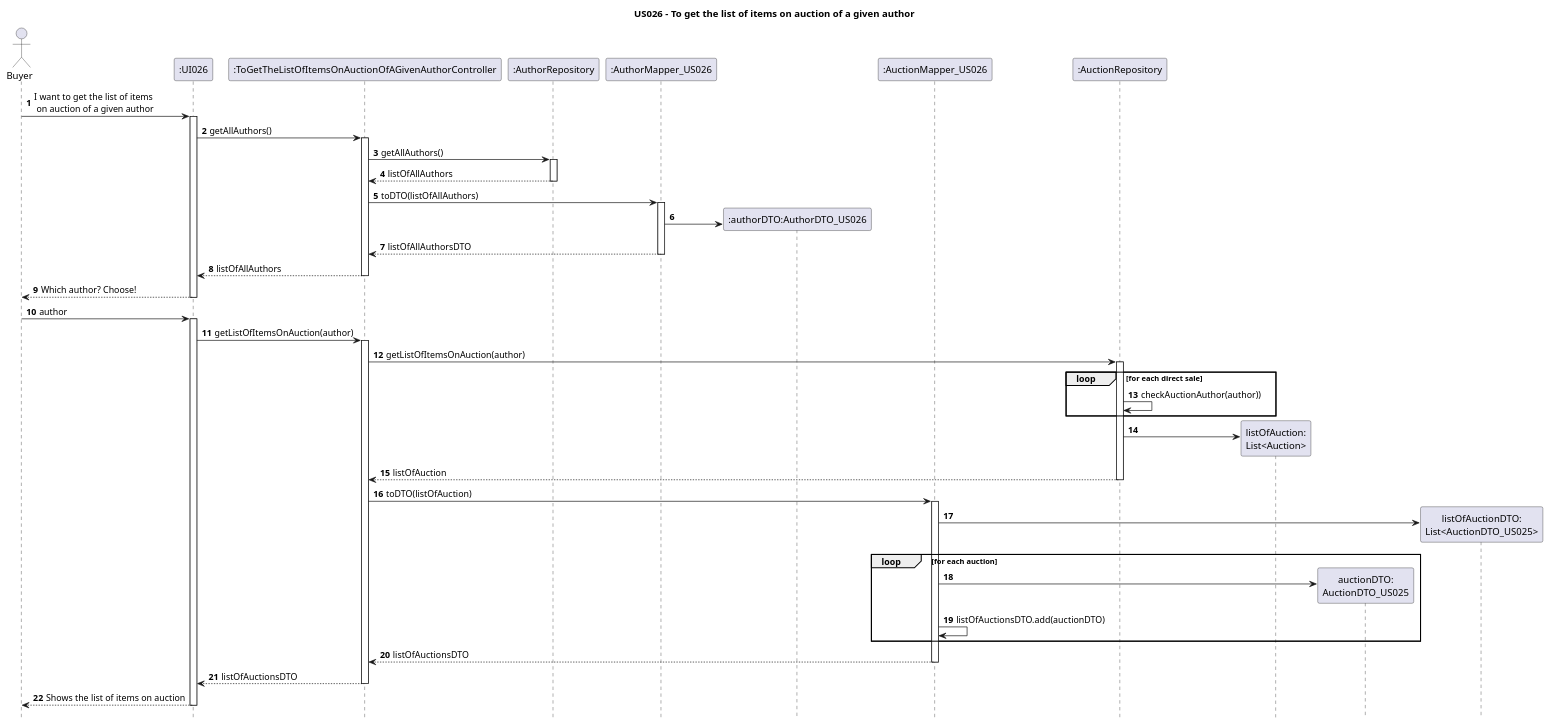
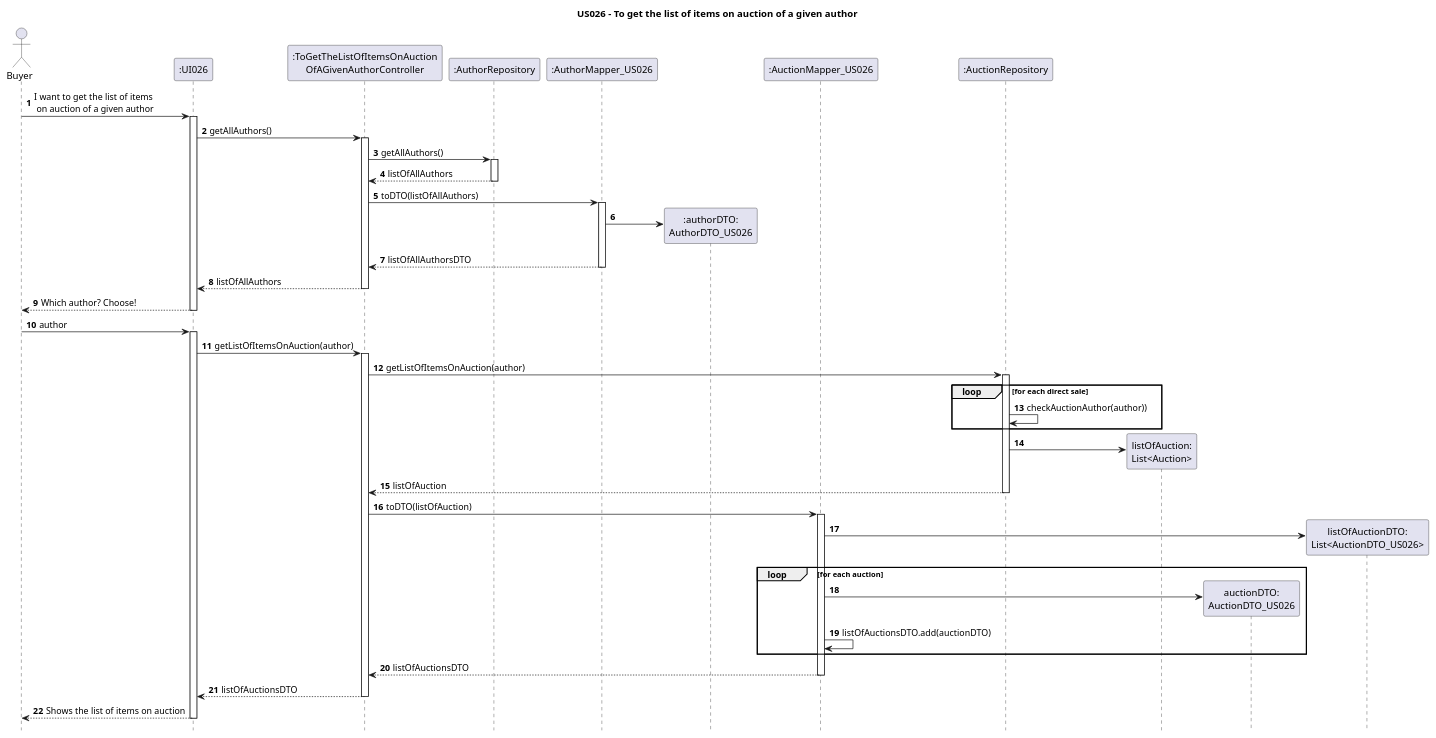
The diagram in Diagrams/SequenceDiagrams/N2/US026-to-get-the-list-of-items-on-auction-of-a-given-author.puml (AndrePereiraGitH/SWitCH-Project-Team_A), drawn with PlantUML before and after one commit. The commit also changed 2 other files, not shown here.

```diff
--- a/Diagrams/SequenceDiagrams/N2/US026-to-get-the-list-of-items-on-auction-of-a-given-author.puml
+++ b/Diagrams/SequenceDiagrams/N2/US026-to-get-the-list-of-items-on-auction-of-a-given-author.puml
@@ -1,82 +1,82 @@
 @startuml
 
 hide footbox
 autonumber
 title US026 - To get the list of items on auction of a given author
 
 actor Buyer
 
 ' Participants
 participant ":UI026" as UI026
-participant ":ToGetTheListOfItemsOnAuctionOfAGivenAuthorController" as Ctrl
+participant ":ToGetTheListOfItemsOnAuction\nOfAGivenAuthorController" as Ctrl
 participant ":AuthorRepository" as AuthorRepository
 participant ":AuthorMapper_US026" as AuthorMapper
-participant ":authorDTO:AuthorDTO_US026" as AuthorDTO
+participant ":authorDTO:\nAuthorDTO_US026" as AuthorDTO
 participant ":AuctionMapper_US026" as Mapper
 participant ":AuctionRepository" as AuctionRepository
 participant "listOfAuction:\nList<Auction>" as ListAuc
 'participant ":Auction" as DSDomain
-participant "auctionDTO:\nAuctionDTO_US025" as DTO
-participant "listOfAuctionDTO:\nList<AuctionDTO_US025>" as ListDTO
+participant "auctionDTO:\nAuctionDTO_US026" as DTO
+participant "listOfAuctionDTO:\nList<AuctionDTO_US026>" as ListDTO
 
 
 ' Interactions
 Buyer -> UI026 : I want to get the list of items\n on auction of a given author
 activate UI026
 UI026 -> Ctrl : getAllAuthors()
 activate Ctrl
 Ctrl -> AuthorRepository: getAllAuthors()
 activate AuthorRepository
 AuthorRepository --> Ctrl: listOfAllAuthors
 deactivate AuthorRepository
 
 Ctrl -> AuthorMapper: toDTO(listOfAllAuthors)
 activate AuthorMapper
 'AuthorMapper -> PubDTO
 AuthorMapper -> AuthorDTO **
 AuthorMapper --> Ctrl: listOfAllAuthorsDTO
 deactivate AuthorMapper
 
 Ctrl --> UI026 : listOfAllAuthors
 deactivate Ctrl
 Buyer <-- UI026 : Which author? Choose!
 deactivate UI026
 Buyer -> UI026 : author
 activate UI026
 
 UI026 -> Ctrl : getListOfItemsOnAuction(author)
 activate Ctrl
 
 Ctrl -> AuctionRepository : getListOfItemsOnAuction(author)
 activate AuctionRepository
 
 loop for each direct sale
     AuctionRepository -> AuctionRepository : checkAuctionAuthor(author))
 end
 
 AuctionRepository -> ListAuc ** :
 AuctionRepository --> Ctrl : listOfAuction
 
 deactivate AuctionRepository
 
 Ctrl -> Mapper : toDTO(listOfAuction)
 activate Mapper
 Mapper -> ListDTO ** :
 
     loop for each auction
 
         Mapper -> DTO **
 
         Mapper -> Mapper : listOfAuctionsDTO.add(auctionDTO)
     end
 
 Mapper --> Ctrl : listOfAuctionsDTO
 deactivate Mapper
 
 Ctrl --> UI026 : listOfAuctionsDTO
 deactivate Ctrl
 
 UI026 --> Buyer : Shows the list of items on auction
 deactivate UI026
 
 @enduml
```
